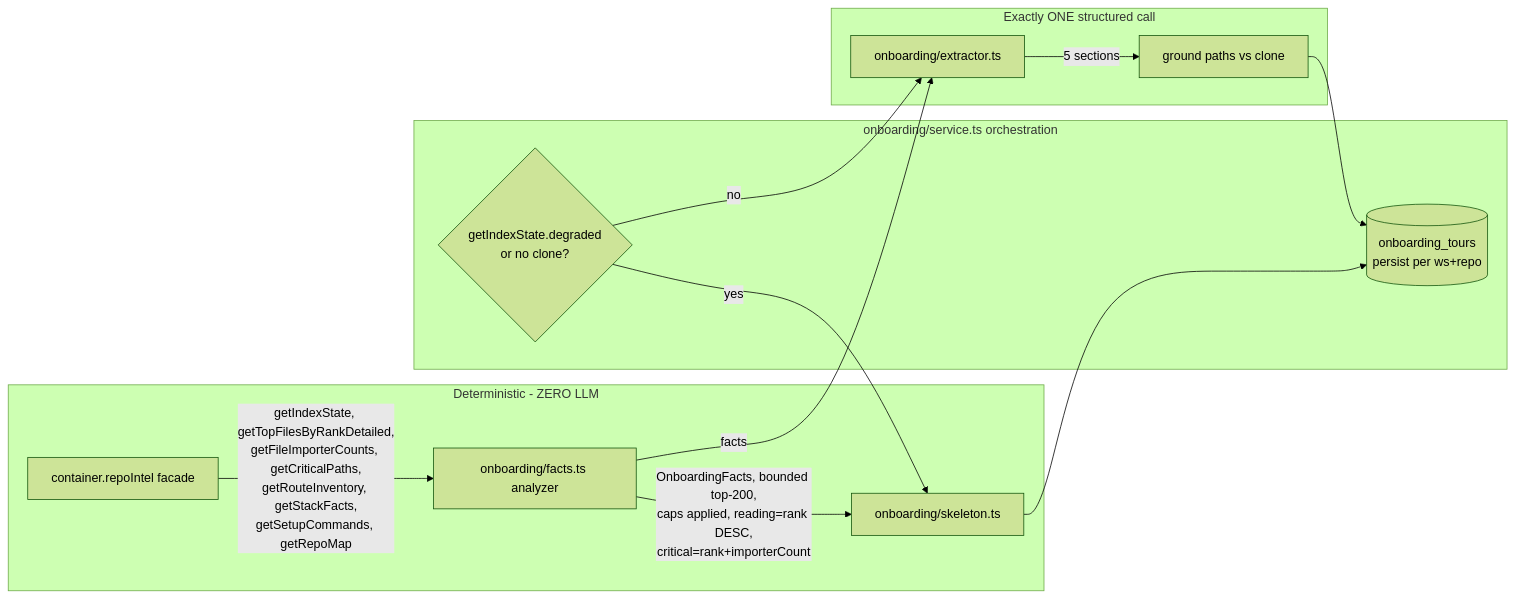
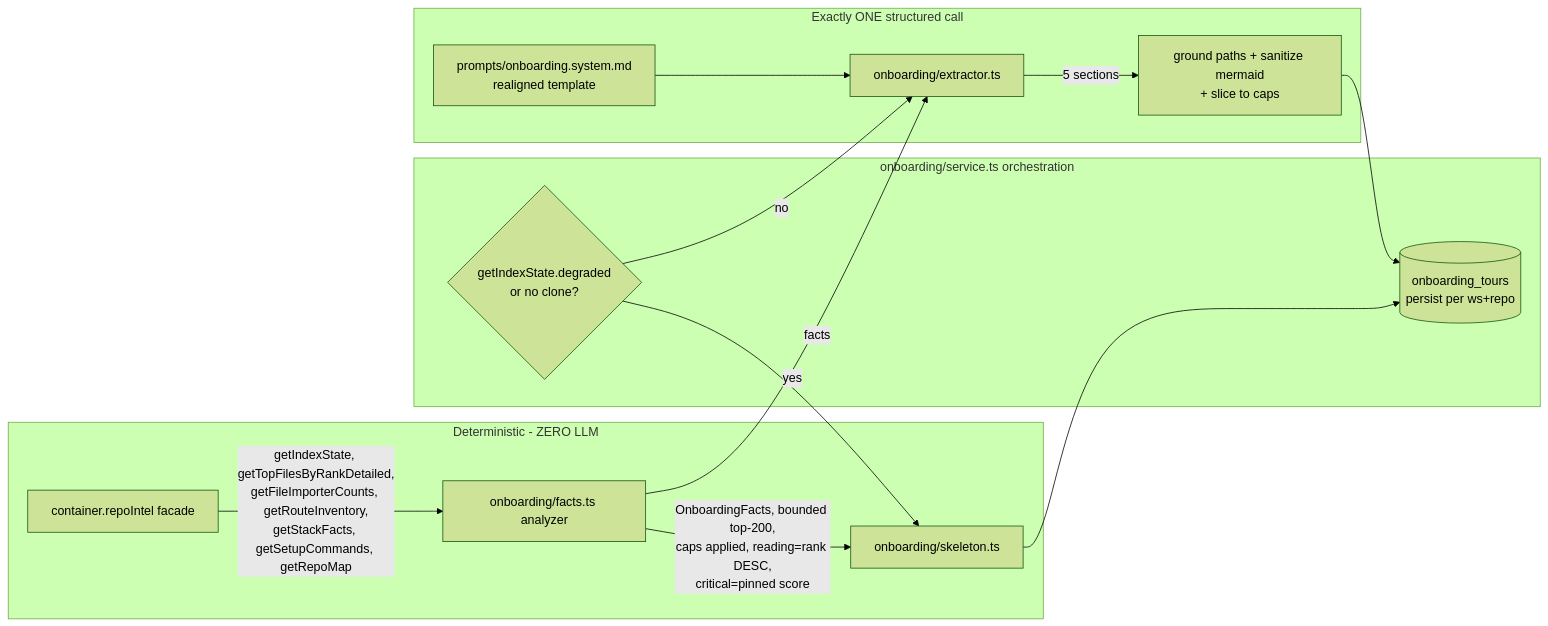
Before and after one commit to devivasha/DevDigest: the first of 2 diagrams in docs/plans/onboarding-generator.md, drawn with Mermaid (forest theme). The commit also changed other lines of this file, not shown here.

First line of the commit message:
plan(onboarding): revise per cross-model staff-engineer review

````diff
--- a/docs/plans/onboarding-generator.md
+++ b/docs/plans/onboarding-generator.md
@@ -130,23 +167,25 @@
 ```mermaid
 flowchart LR
   subgraph det[Deterministic - ZERO LLM]
     RI[container.repoIntel facade]
     FC[onboarding/facts.ts analyzer]
     SK[onboarding/skeleton.ts]
-    RI -->|getIndexState, getTopFilesByRankDetailed,\ngetFileImporterCounts, getCriticalPaths,\ngetRouteInventory, getStackFacts,\ngetSetupCommands, getRepoMap| FC
-    FC -->|OnboardingFacts, bounded top-200,\ncaps applied, reading=rank DESC,\ncritical=rank+importerCount| SK
+    RI -->|getIndexState, getTopFilesByRankDetailed,\ngetFileImporterCounts, getRouteInventory,\ngetStackFacts, getSetupCommands, getRepoMap| FC
+    FC -->|OnboardingFacts, bounded top-200,\ncaps applied, reading=rank DESC,\ncritical=pinned score| SK
   end
   subgraph model[Exactly ONE structured call]
+    TPL[prompts/onboarding.system.md\nrealigned template]
     EX[onboarding/extractor.ts]
-    GR[ground paths vs clone]
+    GS[ground paths + sanitize mermaid\n+ slice to caps]
     FC -->|facts| EX
-    EX -->|5 sections| GR
+    TPL --> EX
+    EX -->|5 sections| GS
   end
   subgraph svc[onboarding/service.ts orchestration]
     D{getIndexState.degraded\nor no clone?}
     D -->|yes| SK
     D -->|no| EX
-    GR --> P[(onboarding_tours\npersist per ws+repo)]
+    GS --> P[(onboarding_tours\npersist per ws+repo)]
     SK --> P
   end
 ```
````
